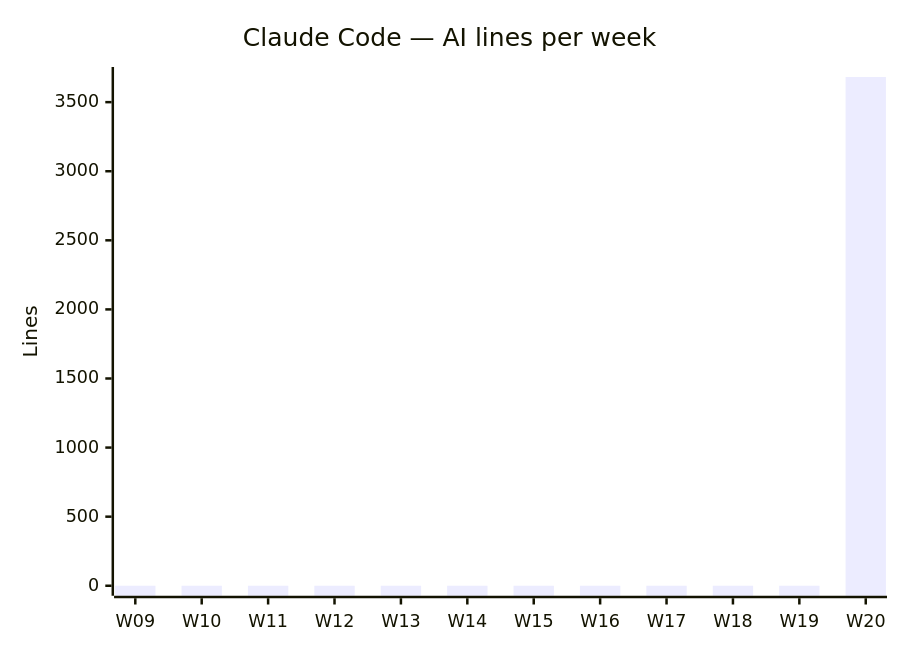
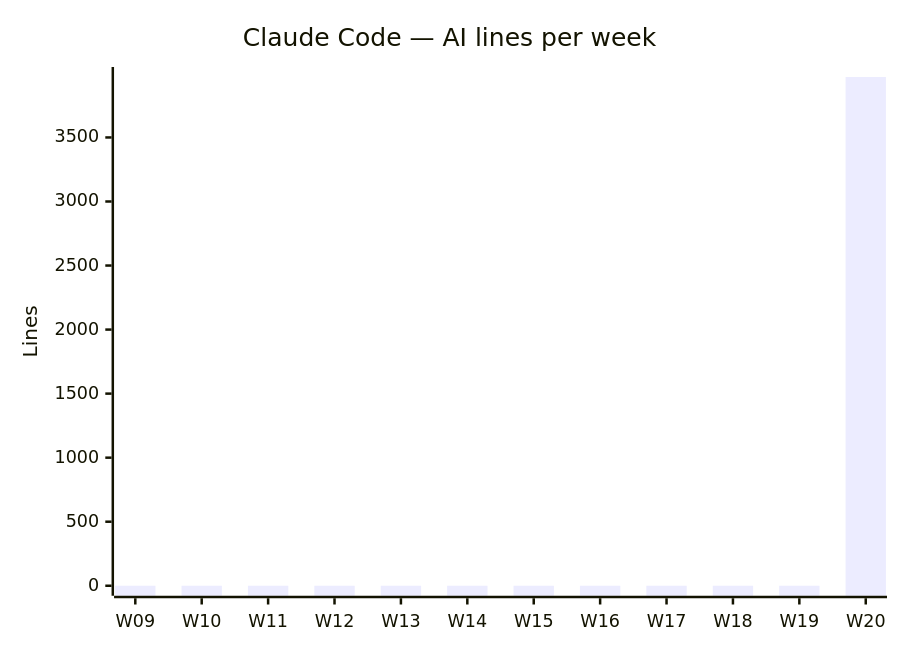
One commit to fromwaydowntown/ai-use changed the second of 4 diagrams in docs/AI_USAGE.md. Above: the diagram before and after it, drawn with Mermaid. The commit also changed other lines of this file, not shown here.

````diff
--- a/docs/AI_USAGE.md
+++ b/docs/AI_USAGE.md
@@ -29,7 +29,7 @@
 ```mermaid
 xychart-beta
     title "Claude Code — AI lines per week"
     x-axis ["W09", "W10", "W11", "W12", "W13", "W14", "W15", "W16", "W17", "W18", "W19", "W20"]
     y-axis "Lines"
-    bar [0, 0, 0, 0, 0, 0, 0, 0, 0, 0, 0, 3682]
+    bar [0, 0, 0, 0, 0, 0, 0, 0, 0, 0, 0, 3972]
 ```
````
